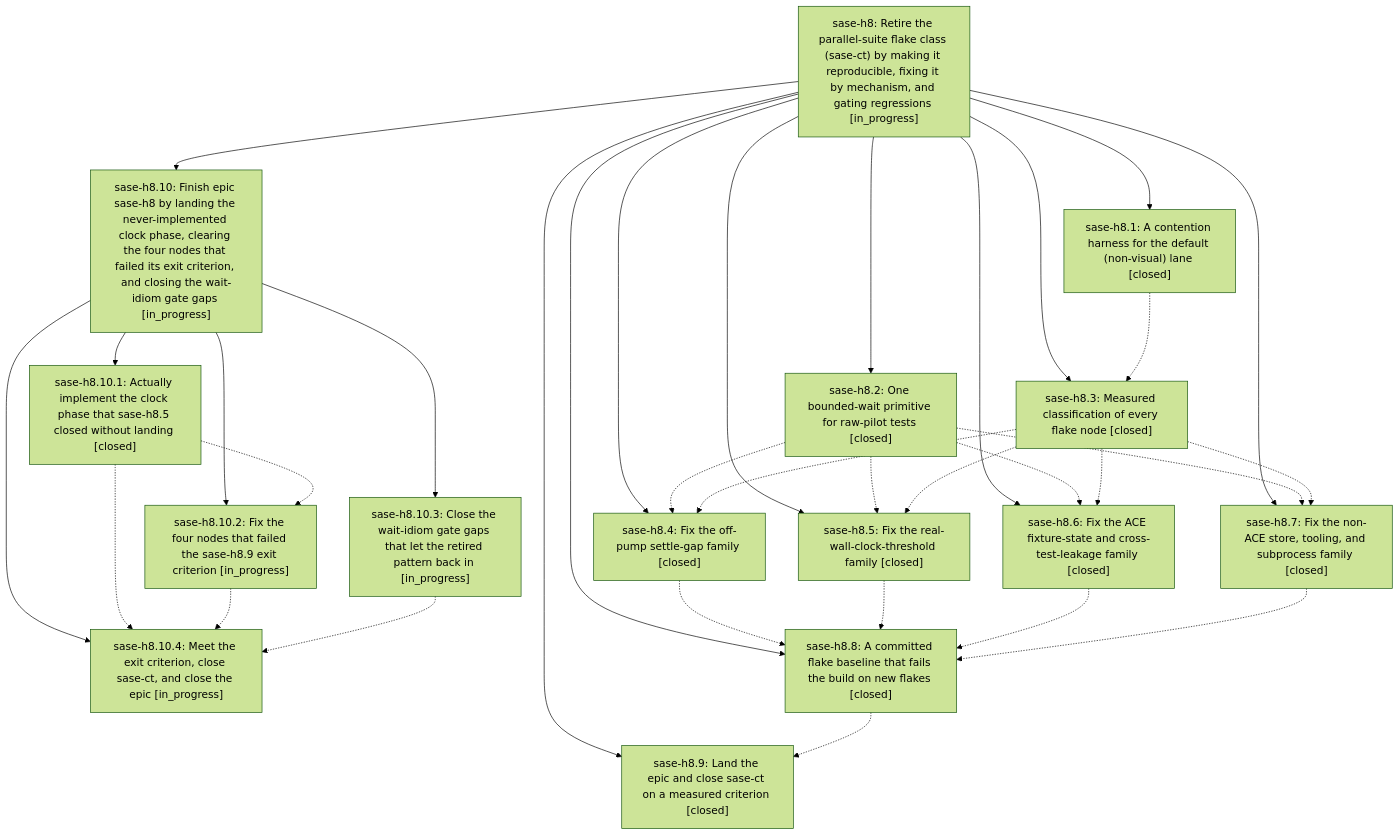
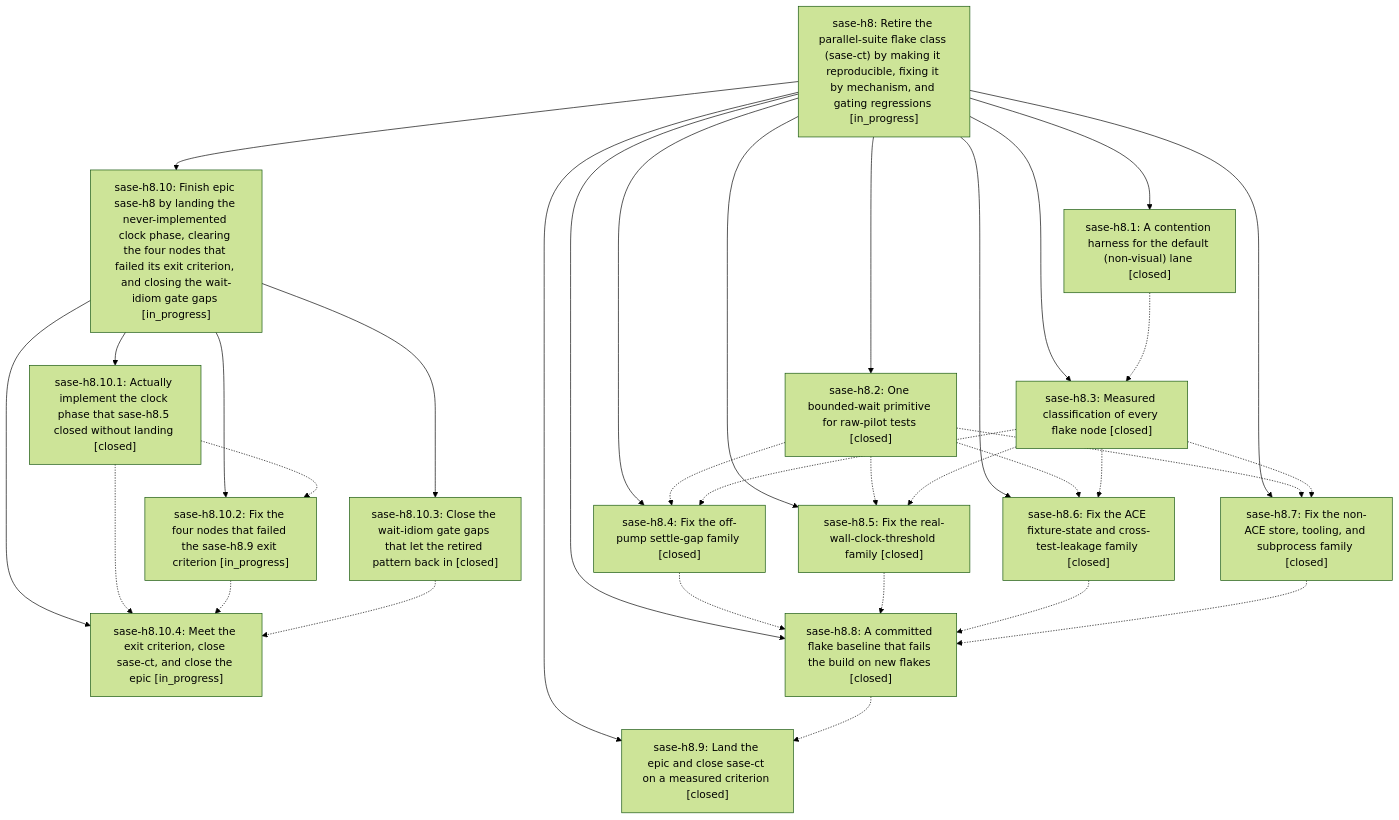
One commit to sase-org/sase--beads changed the diagram in pages/sase-h8/README.md. Above: the diagram before and after it, drawn with Mermaid (forest theme). The commit also changed other lines of this file and 2 other files, not shown here.

First line of the commit message:
chore(beads): sync bead state and pages for sase-h8

````diff
--- a/pages/sase-h8/README.md
+++ b/pages/sase-h8/README.md
@@ -60,50 +60,50 @@
 ```mermaid
 flowchart TD
     n0["sase-h8: Retire the parallel-suite flake class (sase-ct) by making it reproducible, fixing it by mechanism, and gating regressions [in_progress]"]
     n1["sase-h8.1: A contention harness for the default (non-visual) lane [closed]"]
     n2["sase-h8.10: Finish epic sase-h8 by landing the never-implemented clock phase, clearing the four nodes that failed its exit criterion, and closing the wait-idiom gate gaps [in_progress]"]
     n3["sase-h8.10.1: Actually implement the clock phase that sase-h8.5 closed without landing [closed]"]
     n4["sase-h8.10.2: Fix the four nodes that failed the sase-h8.9 exit criterion [in_progress]"]
-    n5["sase-h8.10.3: Close the wait-idiom gate gaps that let the retired pattern back in [in_progress]"]
+    n5["sase-h8.10.3: Close the wait-idiom gate gaps that let the retired pattern back in [closed]"]
     n6["sase-h8.10.4: Meet the exit criterion, close sase-ct, and close the epic [in_progress]"]
     n7["sase-h8.2: One bounded-wait primitive for raw-pilot tests [closed]"]
     n8["sase-h8.3: Measured classification of every flake node [closed]"]
     n9["sase-h8.4: Fix the off-pump settle-gap family [closed]"]
     n10["sase-h8.5: Fix the real-wall-clock-threshold family [closed]"]
     n11["sase-h8.6: Fix the ACE fixture-state and cross-test-leakage family [closed]"]
     n12["sase-h8.7: Fix the non-ACE store, tooling, and subprocess family [closed]"]
     n13["sase-h8.8: A committed flake baseline that fails the build on new flakes [closed]"]
     n14["sase-h8.9: Land the epic and close sase-ct on a measured criterion [closed]"]
     n0 --> n1
     n0 --> n2
     n2 --> n3
     n2 --> n4
     n2 --> n5
     n2 --> n6
     n0 --> n7
     n0 --> n8
     n0 --> n9
     n0 --> n10
     n0 --> n11
     n0 --> n12
     n0 --> n13
     n0 --> n14
     n1 -.-> n8
     n3 -.-> n4
     n3 -.-> n6
     n4 -.-> n6
     n5 -.-> n6
     n7 -.-> n9
     n7 -.-> n10
     n7 -.-> n11
     n7 -.-> n12
     n8 -.-> n9
     n8 -.-> n10
     n8 -.-> n11
     n8 -.-> n12
     n9 -.-> n13
     n10 -.-> n13
     n11 -.-> n13
     n12 -.-> n13
     n13 -.-> n14
 ```
````
